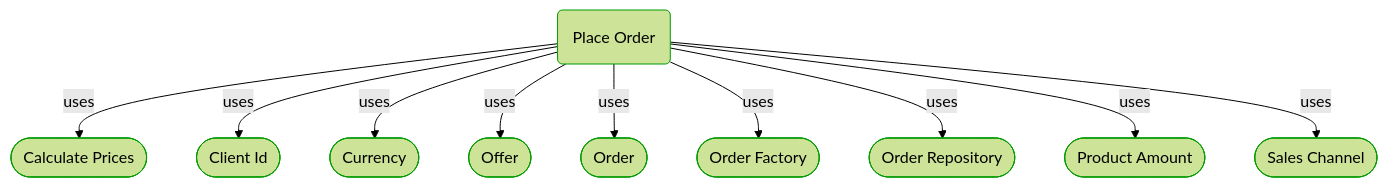
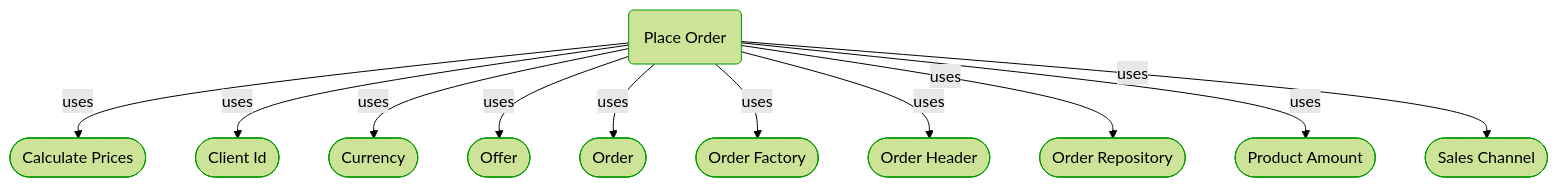
Before and after one commit to itlibrium/DDD-starter-dotnet: the second of 3 diagrams in Docs/P3/MermaidOutput/Domain/Modules/Sales/OnlineOrdering/OrderPlacement/PlaceOrder.md, drawn with Mermaid (forest theme). The commit also changed other lines of this file and 68 other files, not shown here.

````diff
--- a/Docs/P3/MermaidOutput/Domain/Modules/Sales/OnlineOrdering/OrderPlacement/PlaceOrder.md
+++ b/Docs/P3/MermaidOutput/Domain/Modules/Sales/OnlineOrdering/OrderPlacement/PlaceOrder.md
@@ -35,35 +35,38 @@
 ```mermaid
   flowchart TB
     0(Place Order)
     class 0 DomainPerspective
     1([Calculate Prices])
     class 1 DomainPerspective
     0-->|uses|1
     2([Client Id])
     class 2 DomainPerspective
     0-->|uses|2
     3([Currency])
     class 3 DomainPerspective
     0-->|uses|3
     4([Offer])
     class 4 DomainPerspective
     0-->|uses|4
     5([Order])
     class 5 DomainPerspective
     0-->|uses|5
     6([Order Factory])
     class 6 DomainPerspective
     0-->|uses|6
-    7([Order Repository])
+    7([Order Header])
     class 7 DomainPerspective
     0-->|uses|7
-    8([Product Amount])
+    8([Order Repository])
     class 8 DomainPerspective
     0-->|uses|8
-    9([Sales Channel])
+    9([Product Amount])
     class 9 DomainPerspective
     0-->|uses|9
+    10([Sales Channel])
+    class 10 DomainPerspective
+    0-->|uses|10
     classDef DomainPerspective stroke:#009900
     classDef TechnologyPerspective stroke:#1F41EB
     classDef PeoplePerspective stroke:#FFF014
 ```
````
